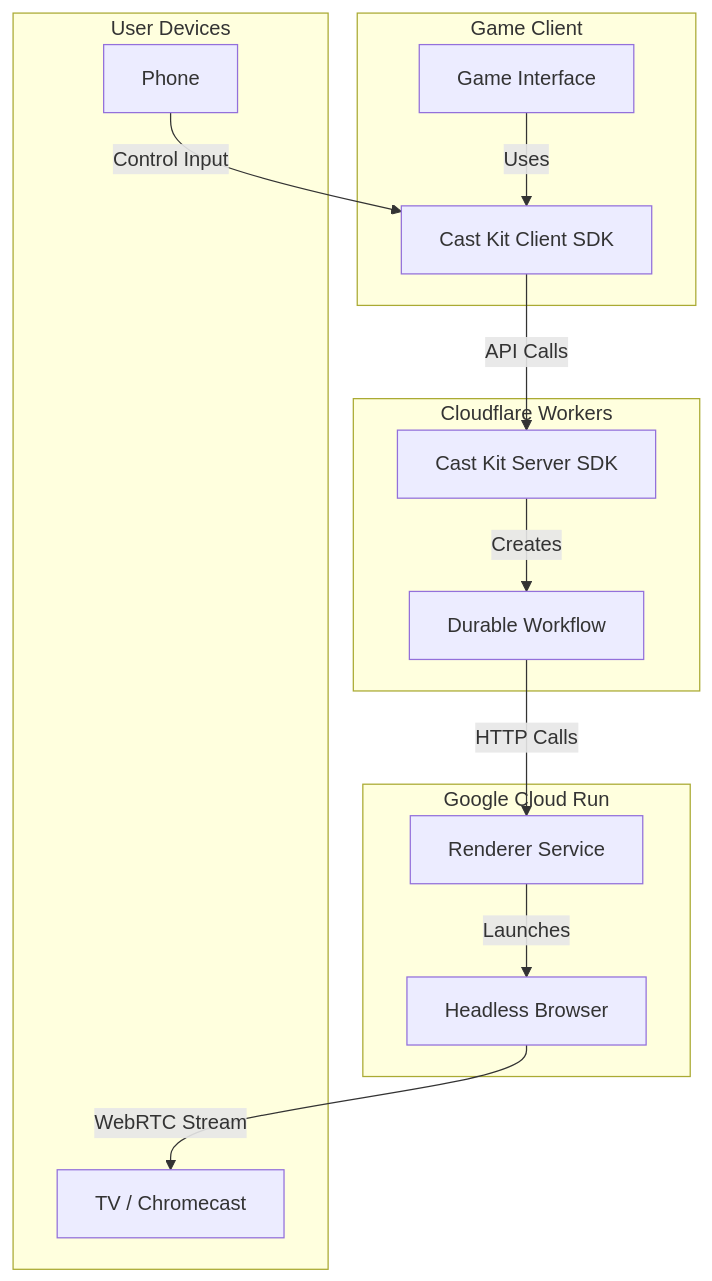
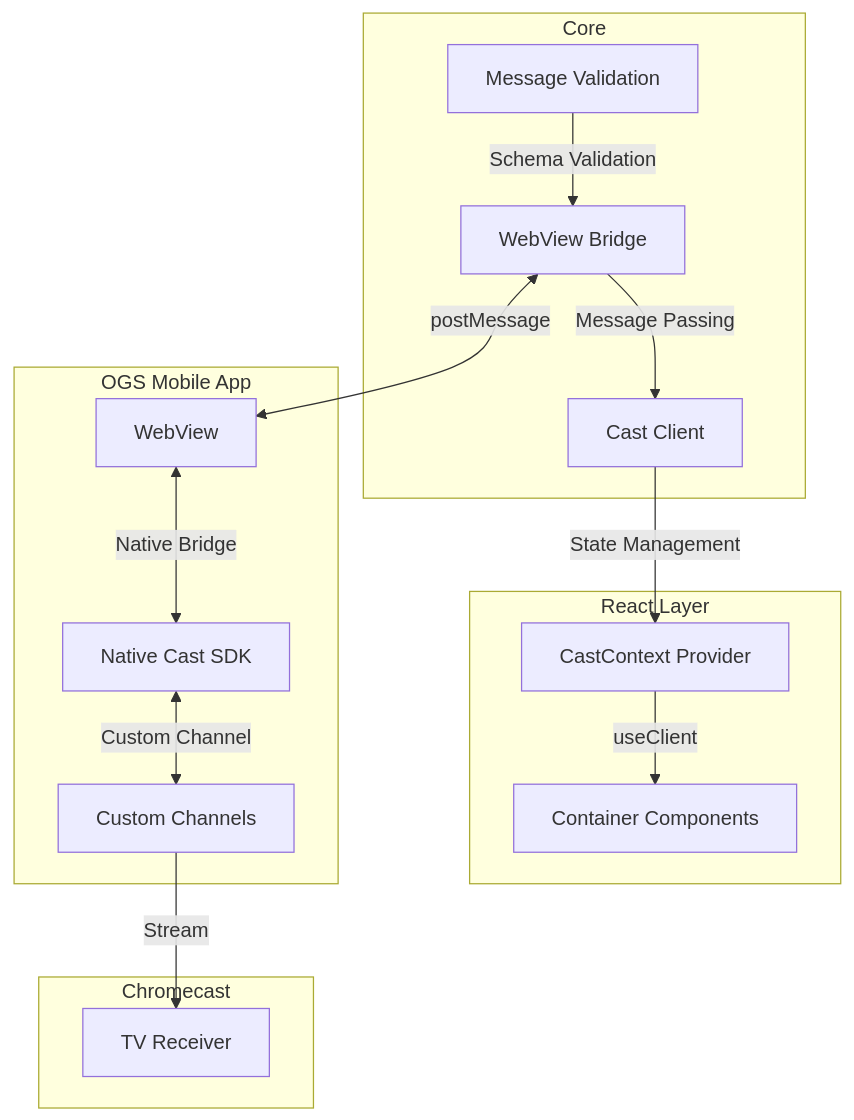
Before and after one commit to open-game-collective/cast-kit: the diagram in README.md, drawn with Mermaid. The commit also changed other lines of this file, not shown here.

````diff
--- a/README.md
+++ b/README.md
@@ -28,30 +48,32 @@
 ```mermaid
 graph TD
-    subgraph "Game Client"
-        ClientSDK[Cast Kit Client SDK]
-        GameUI[Game Interface]
+    subgraph "Core"
+        A[Cast Client]
+        B[WebView Bridge]
+        C[Message Validation]
     end
-    
-    subgraph "Cloudflare Workers"
-        ServerSDK[Cast Kit Server SDK]
-        Workflow[Durable Workflow]
+
+    subgraph "React Layer"
+        D[CastContext Provider]
+        E[Container Components]
     end
-    
-    subgraph "Google Cloud Run"
-        Renderer[Renderer Service]
-        Browser[Headless Browser]
+
+    subgraph "OGS Mobile App"
+        G[WebView]
+        H[Native Cast SDK]
+        I[Custom Channels]
     end
-    
-    subgraph "User Devices"
-        TV[TV / Chromecast]
-        Phone[Phone]
+
+    subgraph "Chromecast"
+        J[TV Receiver]
     end
-    
-    GameUI -->|Uses| ClientSDK
-    ClientSDK -->|API Calls| ServerSDK
-    ServerSDK -->|Creates| Workflow
-    Workflow -->|HTTP Calls| Renderer
-    Renderer -->|Launches| Browser
-    Browser -->|WebRTC Stream| TV
-    Phone -->|Control Input| ClientSDK
+
+    A -->|State Management| D
+    B -->|Message Passing| A
+    C -->|Schema Validation| B
+    D -->|useClient| E
+    B <-->|postMessage| G
+    G <-->|Native Bridge| H
+    H <-->|Custom Channel| I
+    I -->|Stream| J
 ```
````
